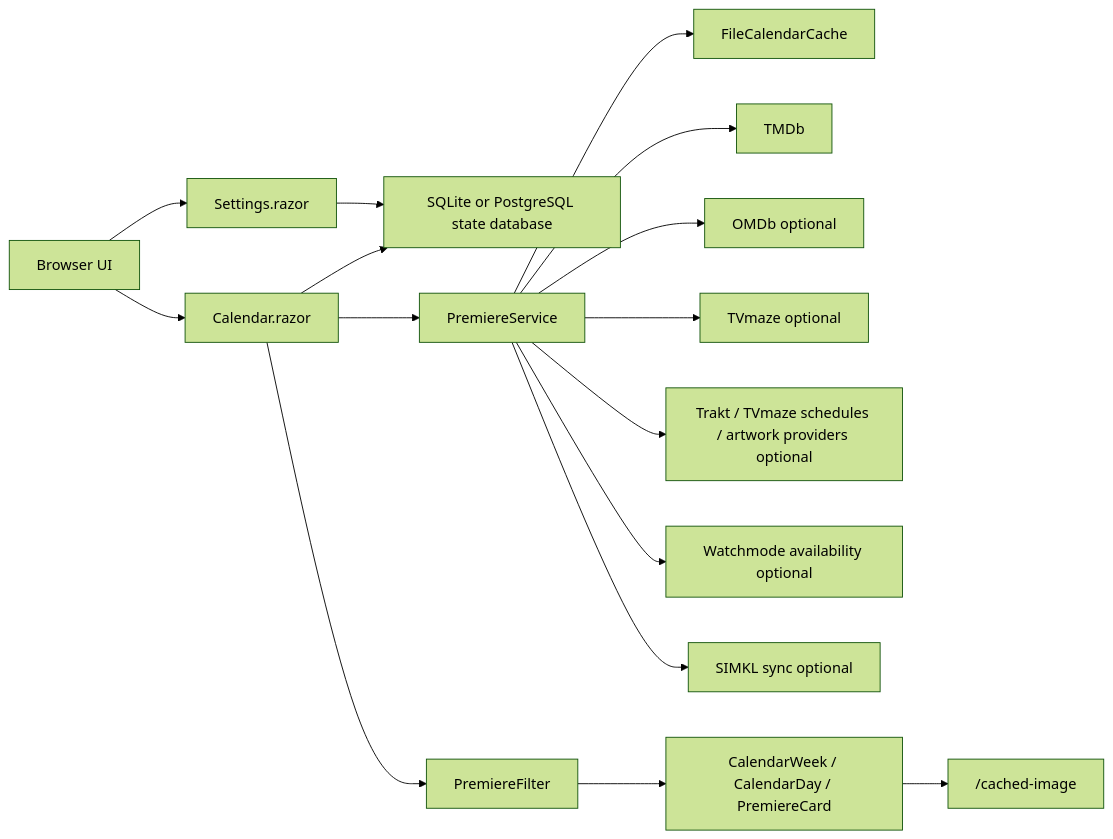
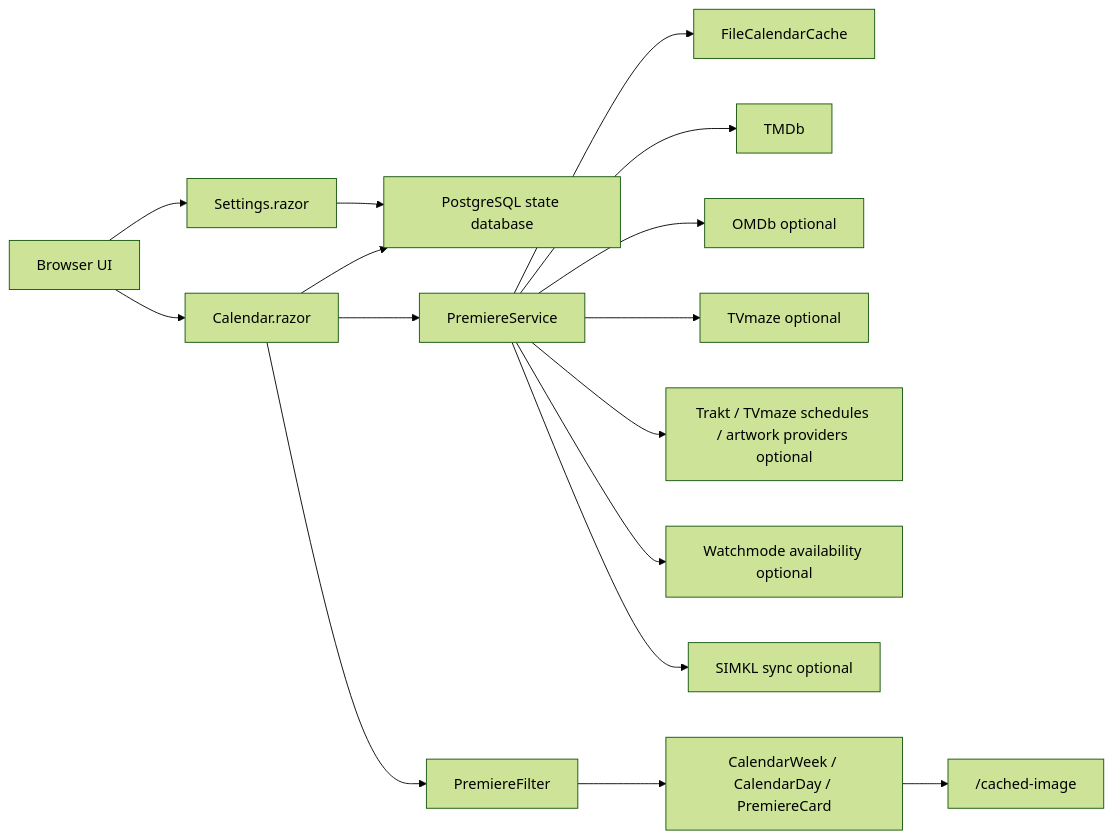
Before and after one commit to Belgian-Coder/PremiereCalendar: the diagram in docs/HowItWorks.md, drawn with Mermaid (forest theme). The commit also changed other lines of this file and 7 other files, not shown here.

First line of the commit message:
docs: PostgreSQL-only container deployment

````diff
--- a/docs/HowItWorks.md
+++ b/docs/HowItWorks.md
@@ -17,18 +17,18 @@
 ```mermaid
 flowchart LR
     Browser["Browser UI"] --> Page["Calendar.razor"]
     Browser --> Settings["Settings.razor"]
-    Settings --> SettingsDb["SQLite or PostgreSQL state database"]
+    Settings --> SettingsDb["PostgreSQL state database"]
     Page --> SettingsDb
     Page --> Service["PremiereService"]
     Service --> WeekCache["FileCalendarCache"]
     Service --> Tmdb["TMDb"]
     Service --> Omdb["OMDb optional"]
     Service --> Tvmaze["TVmaze optional"]
     Service --> Providers["Trakt / TVmaze schedules / artwork providers optional"]
     Service --> Watchmode["Watchmode availability optional"]
     Service --> Simkl["SIMKL sync optional"]
     Page --> Filter["PremiereFilter"]
     Filter --> Cards["CalendarWeek / CalendarDay / PremiereCard"]
     Cards --> ImageCache["/cached-image"]
 ```
````
